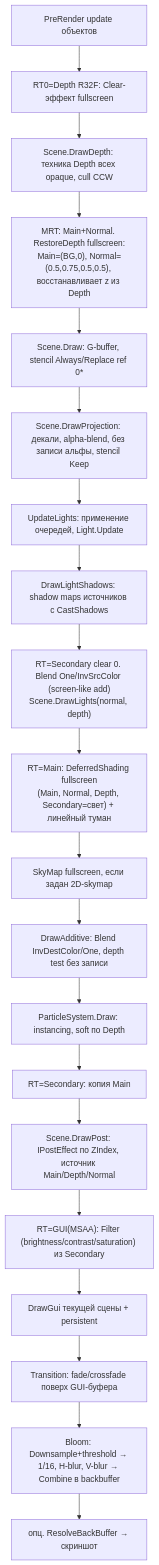
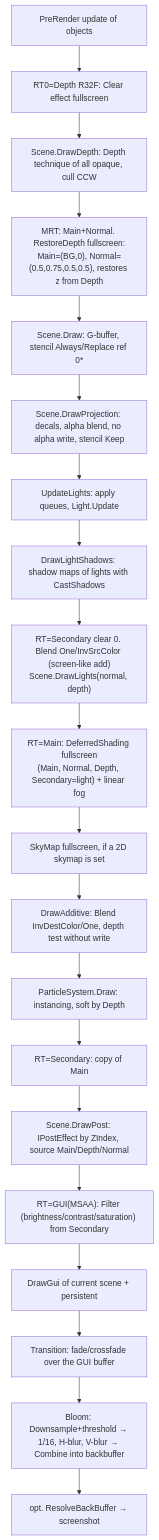
Before and after one commit to vogster/OpenMagicka: the third of 3 diagrams in docs/engine/ARCHITECTURE.md, drawn with Mermaid. The commit also changed other lines of this file and 9 other files, not shown here.

````diff
--- a/docs/engine/ARCHITECTURE.md
+++ b/docs/engine/ARCHITECTURE.md
@@ -285,22 +285,22 @@
 ```mermaid
 flowchart TD
-    A[PreRender update объектов] --> B[RT0=Depth R32F: Clear-эффект fullscreen]
-    B --> C[Scene.DrawDepth: техника Depth всех opaque, cull CCW]
-    C --> D["MRT: Main+Normal. RestoreDepth fullscreen:<br/>Main=(BG,0), Normal=(0.5,0.75,0.5,0.5), восстанавливает z из Depth"]
+    A[PreRender update of objects] --> B[RT0=Depth R32F: Clear effect fullscreen]
+    B --> C[Scene.DrawDepth: Depth technique of all opaque, cull CCW]
+    C --> D["MRT: Main+Normal. RestoreDepth fullscreen:<br/>Main=(BG,0), Normal=(0.5,0.75,0.5,0.5), restores z from Depth"]
     D --> E[Scene.Draw: G-buffer, stencil Always/Replace ref 0*]
-    E --> F[Scene.DrawProjection: декали, alpha-blend, без записи альфы, stencil Keep]
-    F --> G[UpdateLights: применение очередей, Light.Update]
-    G --> H[DrawLightShadows: shadow maps источников с CastShadows]
+    E --> F[Scene.DrawProjection: decals, alpha blend, no alpha write, stencil Keep]
+    F --> G[UpdateLights: apply queues, Light.Update]
+    G --> H[DrawLightShadows: shadow maps of lights with CastShadows]
     H --> I["RT=Secondary clear 0. Blend One/InvSrcColor (screen-like add)<br/>Scene.DrawLights(normal, depth)"]
-    I --> J["RT=Main: DeferredShading fullscreen<br/>(Main, Normal, Depth, Secondary=свет) + линейный туман"]
-    J --> K[SkyMap fullscreen, если задан 2D-skymap]
-    K --> L[DrawAdditive: Blend InvDestColor/One, depth test без записи]
-    L --> M[ParticleSystem.Draw: instancing, soft по Depth]
-    M --> N[RT=Secondary: копия Main]
-    N --> O[Scene.DrawPost: IPostEffect по ZIndex, источник Main/Depth/Normal]
-    O --> P["RT=GUI(MSAA): Filter (brightness/contrast/saturation) из Secondary"]
-    P --> Q[DrawGui текущей сцены + persistent]
-    Q --> R[Transition: fade/crossfade поверх GUI-буфера]
-    R --> S["Bloom: Downsample+threshold → 1/16, H-blur, V-blur → Combine в backbuffer"]
-    S --> T[опц. ResolveBackBuffer → скриншот]
+    I --> J["RT=Main: DeferredShading fullscreen<br/>(Main, Normal, Depth, Secondary=light) + linear fog"]
+    J --> K[SkyMap fullscreen, if a 2D skymap is set]
+    K --> L[DrawAdditive: Blend InvDestColor/One, depth test without write]
+    L --> M[ParticleSystem.Draw: instancing, soft by Depth]
+    M --> N[RT=Secondary: copy of Main]
+    N --> O[Scene.DrawPost: IPostEffect by ZIndex, source Main/Depth/Normal]
+    O --> P["RT=GUI(MSAA): Filter (brightness/contrast/saturation) from Secondary"]
+    P --> Q[DrawGui of current scene + persistent]
+    Q --> R[Transition: fade/crossfade over the GUI buffer]
+    R --> S["Bloom: Downsample+threshold → 1/16, H-blur, V-blur → Combine into backbuffer"]
+    S --> T[opt. ResolveBackBuffer → screenshot]
 ```
````
